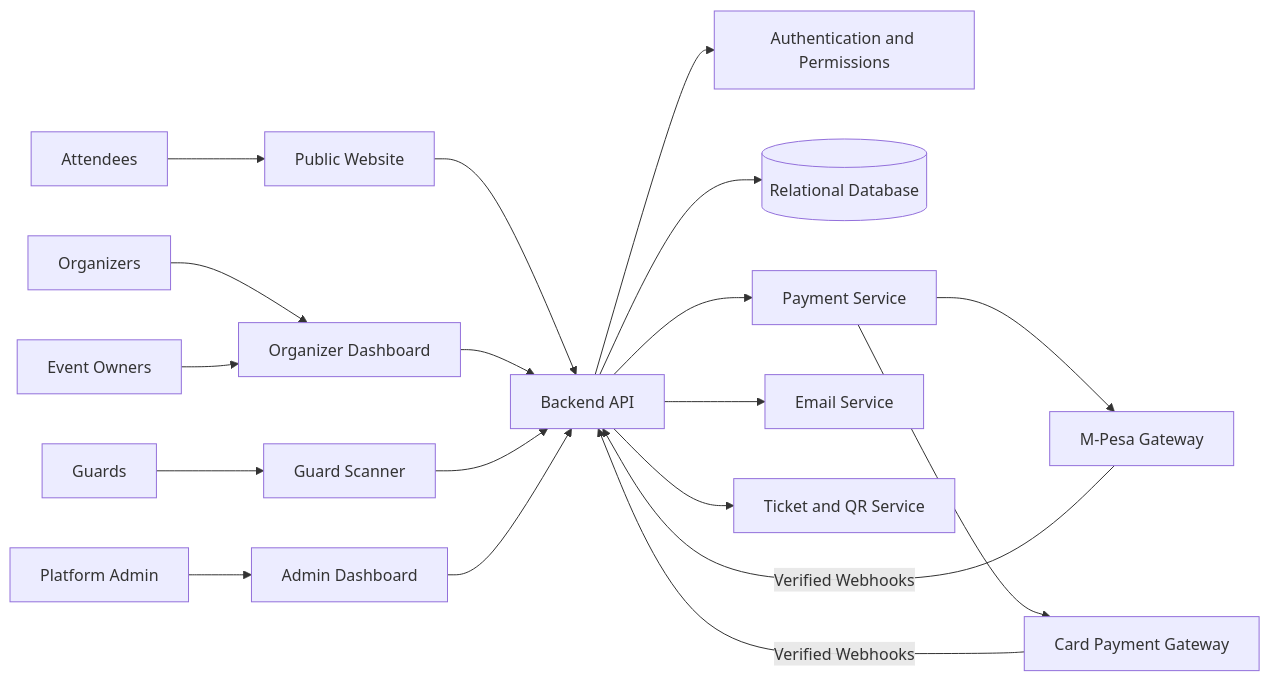
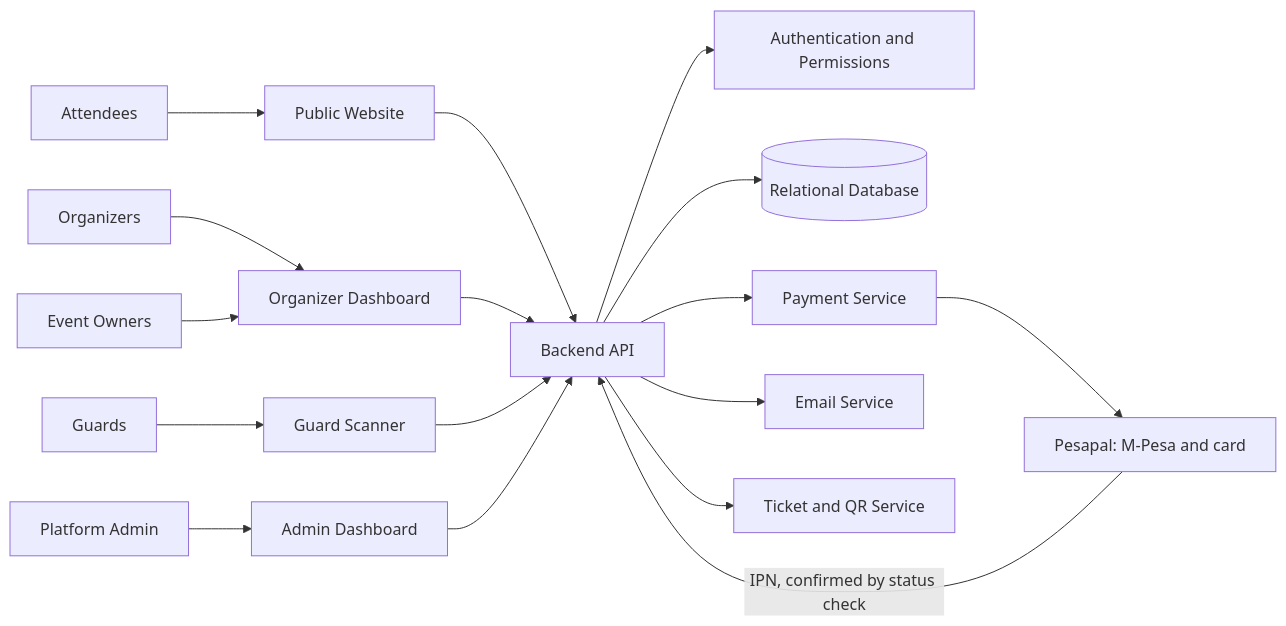
Before and after one commit to kreativesahara/ticket: the diagram in doc/diagrams/v1/01-high-level-architecture.mmd, drawn with Mermaid. The commit also changed 35 other files, not shown here.

Commit message:
docs: add architecture diagrams, state machines, and documentation files

```diff
--- a/doc/diagrams/v1/01-high-level-architecture.mmd
+++ b/doc/diagrams/v1/01-high-level-architecture.mmd
@@ -1,22 +1,20 @@
 flowchart LR
     Attendees --> PW[Public Website]
     Organizers --> OD[Organizer Dashboard]
     EO[Event Owners] --> OD
     Guards --> GS[Guard Scanner]
     PA[Platform Admin] --> AD[Admin Dashboard]
 
     PW --> API[Backend API]
     OD --> API
     GS --> API
     AD --> API
 
     API --> AUTH[Authentication and Permissions]
     API --> DB[(Relational Database)]
     API --> PAY[Payment Service]
     API --> EMAIL[Email Service]
     API --> QR[Ticket and QR Service]
 
-    PAY --> MPESA[M-Pesa Gateway]
-    PAY --> CARD[Card Payment Gateway]
-    MPESA -- Verified Webhooks --> API
-    CARD -- Verified Webhooks --> API
+    PAY --> PESAPAL[Pesapal: M-Pesa and card]
+    PESAPAL -- IPN, confirmed by status check --> API
```
